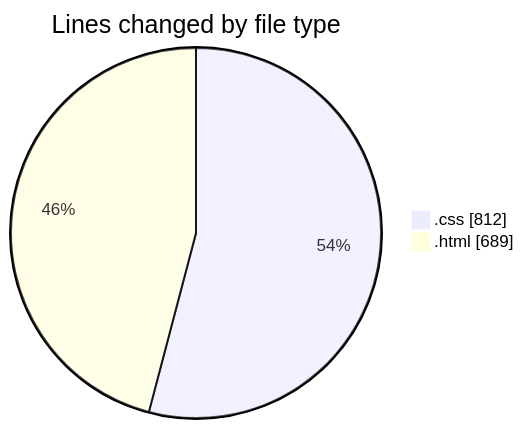
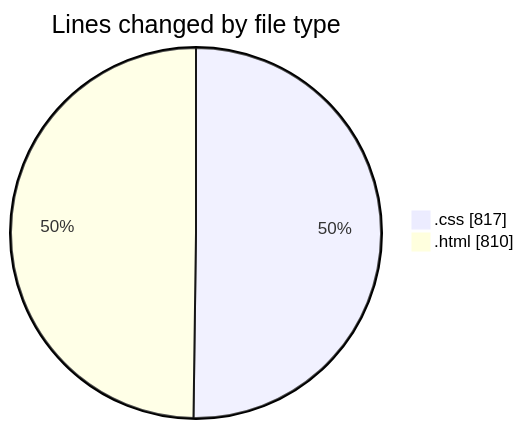
One commit to igalym/code-tracking changed the first of 2 diagrams in 2025-12-30/budget_front_nest/README.md. Above: the diagram before and after it, drawn with Mermaid. The commit also changed other lines of this file and 1 other file, not shown here.

````diff
--- a/2025-12-30/budget_front_nest/README.md
+++ b/2025-12-30/budget_front_nest/README.md
@@ -25,6 +26,6 @@
 ```mermaid
 pie showData
 title Lines changed by file type
-".css" : 812
-".html" : 689
+".css" : 817
+".html" : 810
 ```
````
